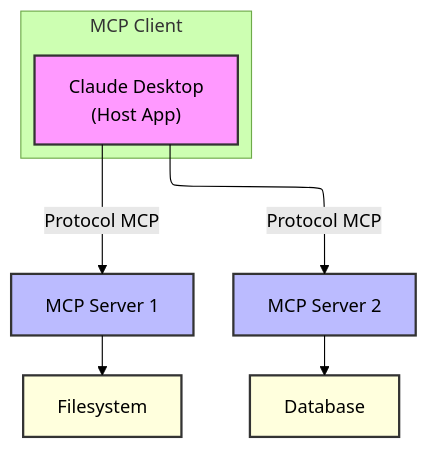
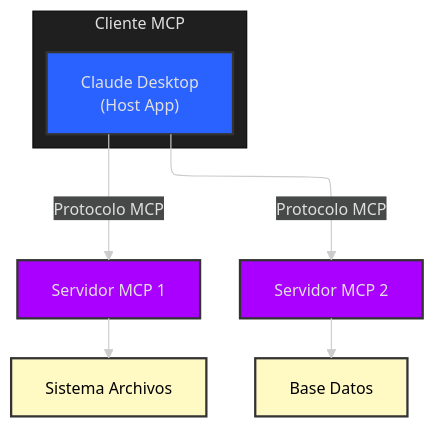
The second of 2 diagrams in docs/10_LLM/MCP/section_01.md (pepemxl/Machine-Learning-Notes), drawn with Mermaid before and after one commit. The commit also changed 1 other file, not shown here.

Commit message:
update diagram

````diff
--- a/docs/10_LLM/MCP/section_01.md
+++ b/docs/10_LLM/MCP/section_01.md
@@ -138,20 +138,20 @@
 ```mermaid
 ---
 config:
-  theme: forest
+  theme: neo-dark
   layout: elk
+  look: classic
 ---
-graph TD
-    A["Claude Desktop<br>(Host App)"] -->|Protocol MCP| B[MCP Server 1]
-    A -->|Protocol MCP| C[MCP Server 2]
-    B --> D[Filesystem]
-    C --> E[Database]
-    style A fill:#f9f,stroke:#333,stroke-width:2px
-    style B fill:#bbf,stroke:#333,stroke-width:2px
-    style C fill:#bbf,stroke:#333,stroke-width:2px
-    style D fill:#ffd,stroke:#333,stroke-width:2px
-    style E fill:#ffd,stroke:#333,stroke-width:2px
-    subgraph "MCP Client"
-        A
-    end
+flowchart TB
+ subgraph subGraph0["Cliente MCP"]
+        A["Claude Desktop<br>(Host App)"]
+  end
+    A -- Protocolo MCP --> B["Servidor MCP 1"] & C["Servidor MCP 2"]
+    B --> D["Sistema Archivos"]
+    C --> E["Base Datos"]
+    style A fill:#2962FF,stroke:#333,stroke-width:2px
+    style B fill:#AA00FF,stroke:#333,stroke-width:2px
+    style C fill:#AA00FF,stroke:#333,stroke-width:2px
+    style D fill:#FFF9C4,stroke:#333,stroke-width:2px,color:#000000
+    style E fill:#FFF9C4,stroke:#333,stroke-width:2px,color:#000000
 ```
````
